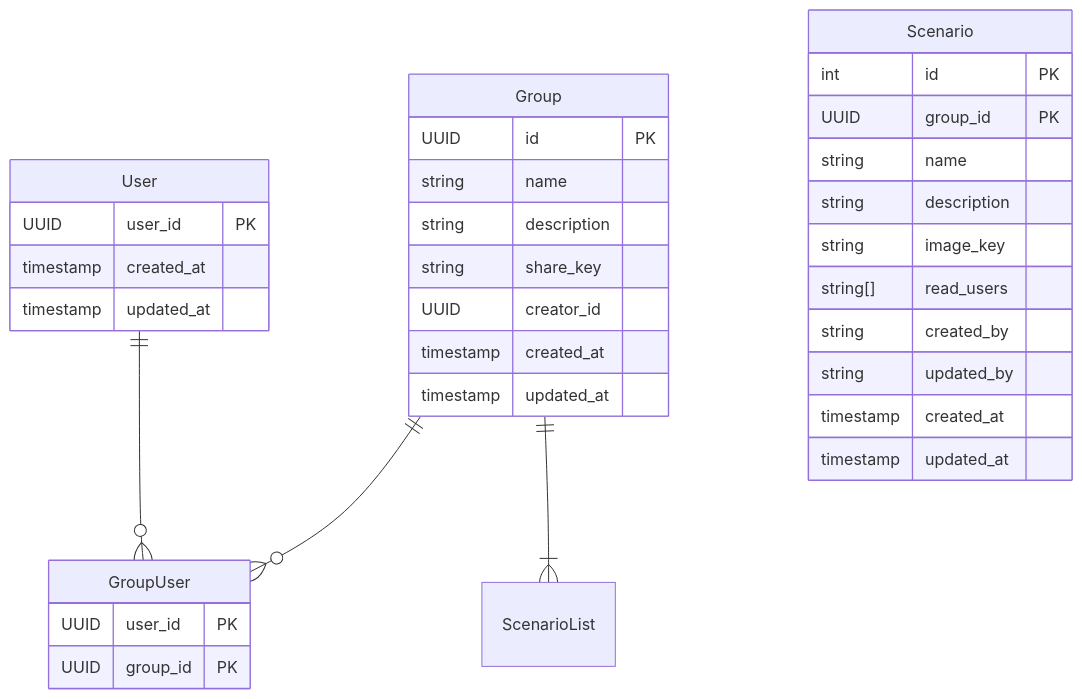
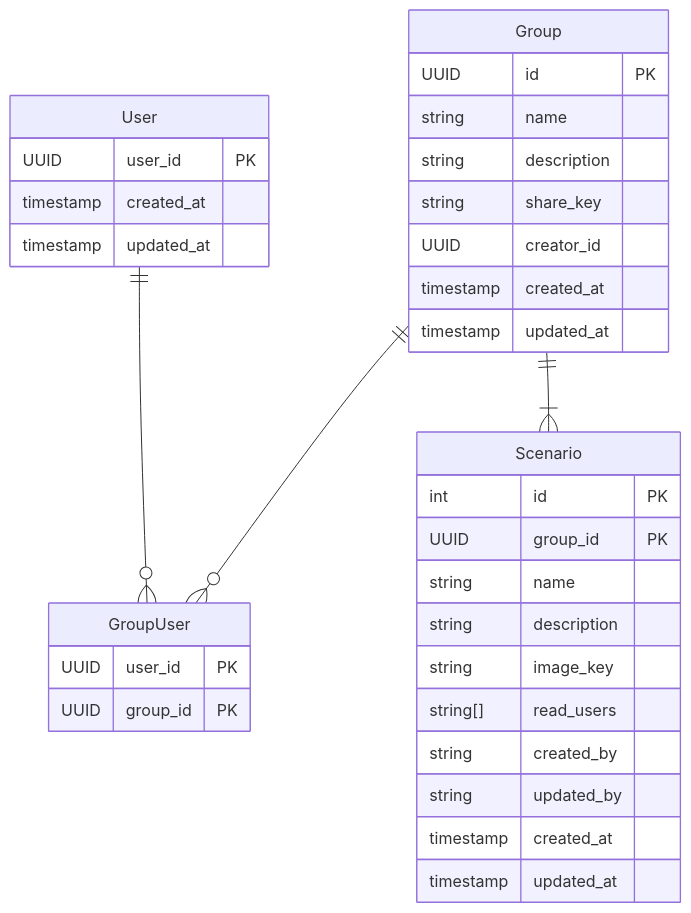
The diagram in 仕様書/システム構造設計書.md (Keito654/trpg-manager), drawn with Mermaid before and after one commit.

````diff
--- a/仕様書/システム構造設計書.md
+++ b/仕様書/システム構造設計書.md
@@ -19,36 +19,36 @@
 ```mermaid
 erDiagram
     User ||--o{ GroupUser : ""
     Group ||--o{ GroupUser : ""
-    Group ||--|{ ScenarioList : ""
+    Group ||--|{ Scenario : ""
     User {
       UUID user_id PK
       timestamp created_at
       timestamp updated_at
     }
     Group {
       UUID id PK
       string name
       string description
       string share_key
       UUID creator_id
       timestamp created_at
       timestamp updated_at
     }
     GroupUser {
       UUID user_id PK
       UUID group_id PK
     }
     Scenario {
       int id PK
       UUID group_id PK
       string name
       string description
       string image_key
       string[] read_users
       string created_by
       string updated_by
       timestamp created_at
       timestamp updated_at
     }
 ```
````
